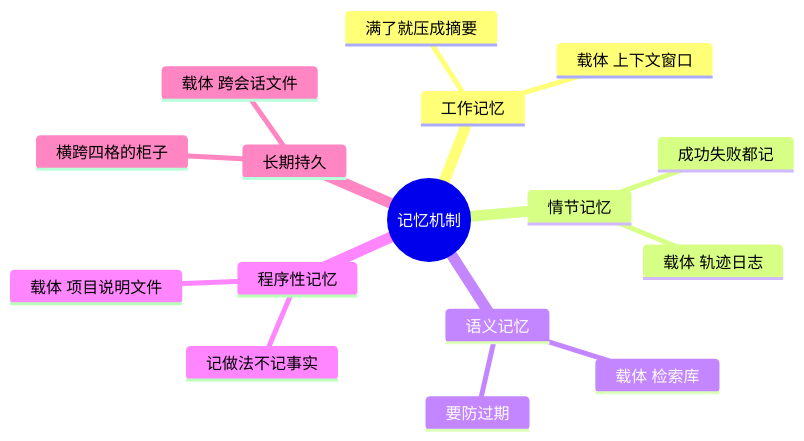
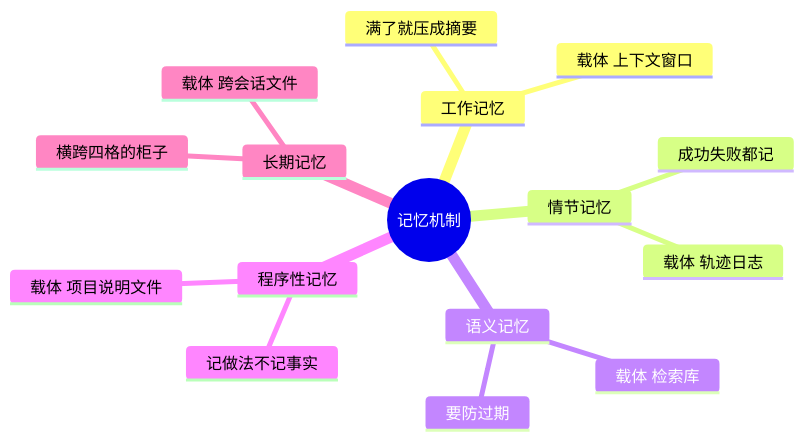
One commit to Laughingtt/agentkit changed the diagram in part-3-agent原理/ch13-记忆机制.md. Above: the diagram before and after it, drawn with Mermaid. The commit also changed other lines of this file and 1 other file, not shown here.

First line of the commit message:
Fix Ch13 per review-ch13: M1 长期持久→长期记忆 (M1)、单位/阈值对齐 (M2)

````diff
--- a/part-3-agent原理/ch13-记忆机制.md
+++ b/part-3-agent原理/ch13-记忆机制.md
@@ -16,19 +16,19 @@
 ```mermaid
 mindmap
   root((记忆机制))
     工作记忆
       载体 上下文窗口
       满了就压成摘要
     情节记忆
       载体 轨迹日志
       成功失败都记
     语义记忆
       载体 检索库
       要防过期
     程序性记忆
       载体 项目说明文件
       记做法不记事实
-    长期持久
+    长期记忆
       载体 跨会话文件
       横跨四格的柜子
 ```
````
